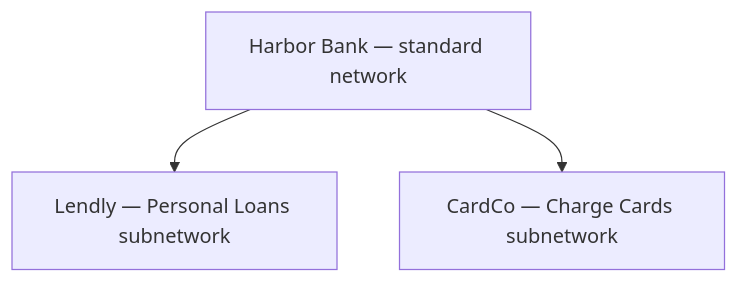
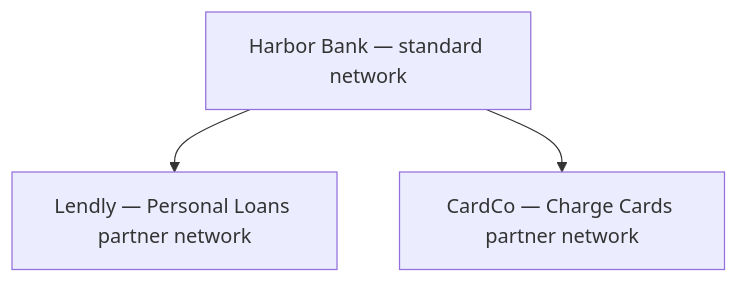
Before and after one commit to solo-finance/docs: the first of 2 diagrams in concepts/governance/network-governance.mdx, drawn with Mermaid. The commit also changed other lines of this file and 144 other files, not shown here.

````diff
--- a/concepts/governance/network-governance.mdx
+++ b/concepts/governance/network-governance.mdx
@@ -107,9 +107,9 @@
 ```mermaid
 graph TD
     Harbor[Harbor Bank — standard network]
-    Lendly[Lendly — Personal Loans subnetwork]
-    CardCo[CardCo — Charge Cards subnetwork]
+    Lendly[Lendly — Personal Loans partner network]
+    CardCo[CardCo — Charge Cards partner network]
 
     Harbor --> Lendly
     Harbor --> CardCo
 ```
````
